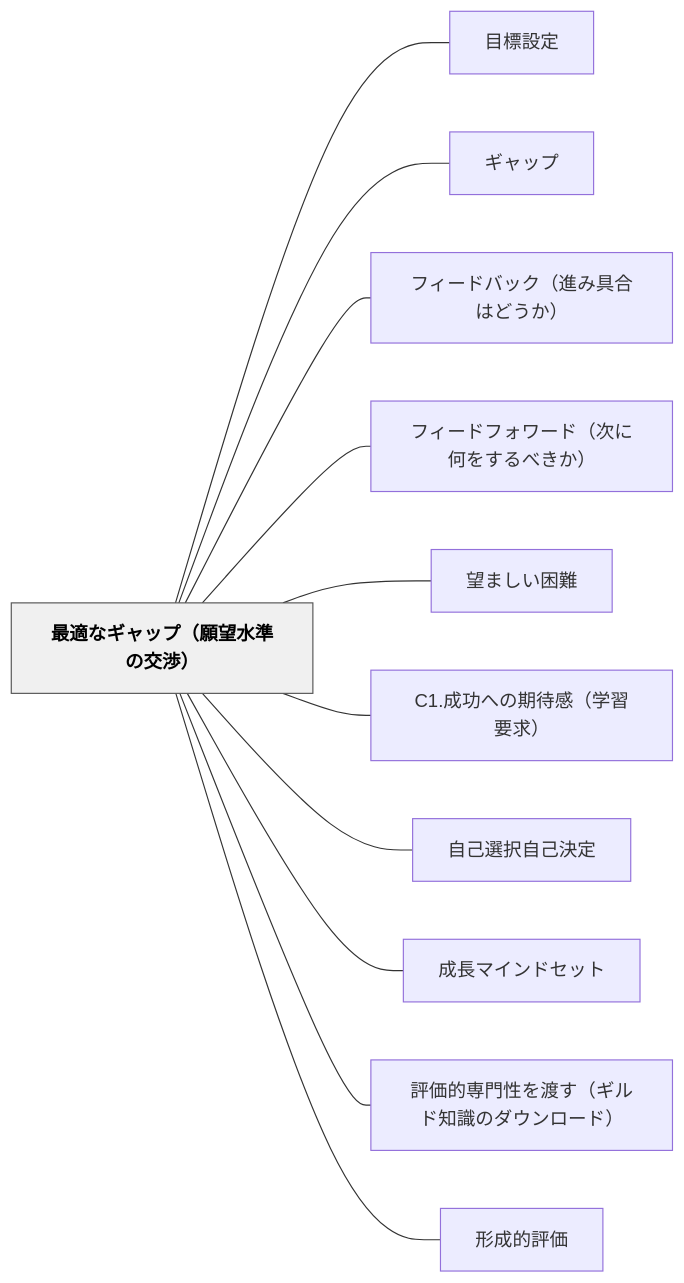
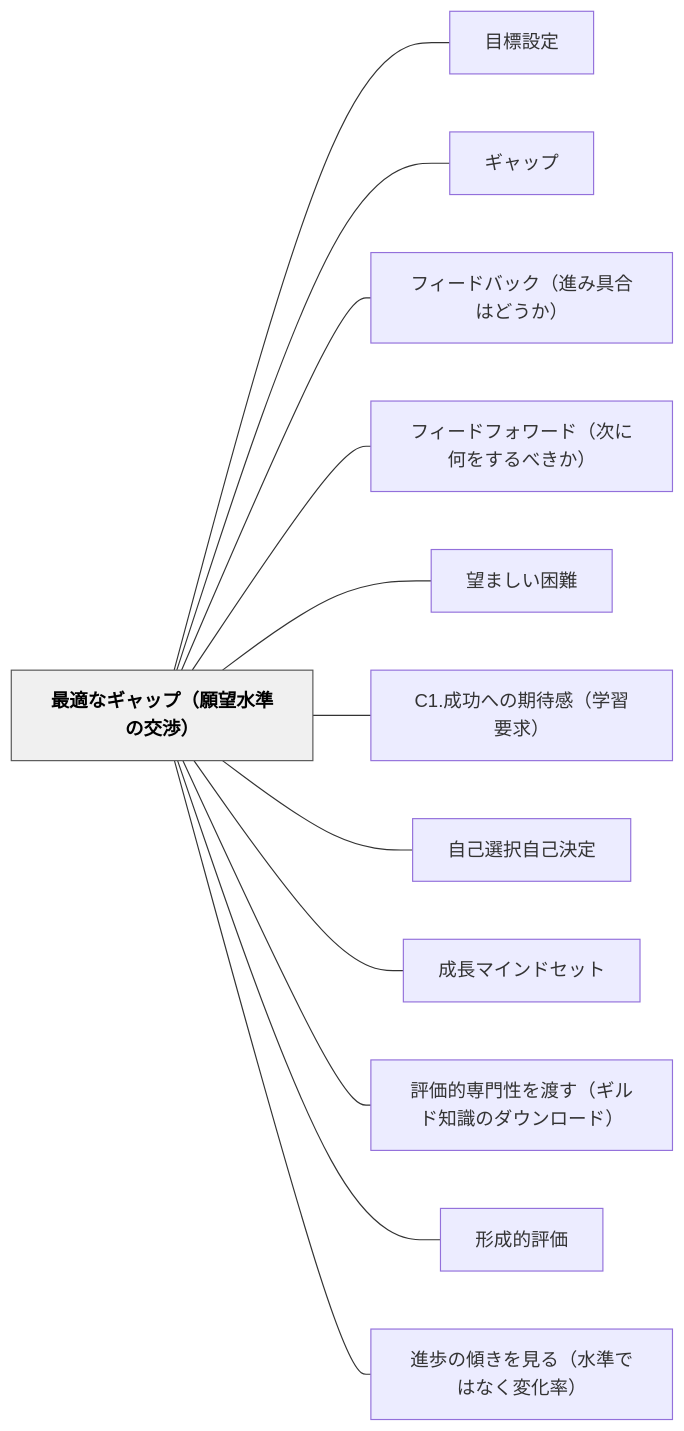
Before and after one commit to unknownthings-ed-patterns/unknownthings-ed-patterns: the diagram in content/パタン/最適なギャップ（願望水準の交渉）.md, drawn with Mermaid. The commit also changed other lines of this file and 26 other files, not shown here.

````diff
--- a/content/パタン/最適なギャップ（願望水準の交渉）.md
+++ b/content/パタン/最適なギャップ（願望水準の交渉）.md
@@ -126,28 +127,30 @@
 ```mermaid
 flowchart LR
     ne69c80e981a9e381aae382aee383a3e38383e38397efbc88e9a198e69c9be6b0b4e6ba96e381aee4baa4e6b889efbc89["最適なギャップ（願望水準の交渉）"]
     ne79baee6a899e8a8ade5ae9a["目標設定"]
     ne382aee383a3e38383e38397["ギャップ"]
     ne38395e382a3e383bce38389e38390e38383e382afefbc88e980b2e381bfe585b7e59088e381afe381a9e38186e3818befbc89["フィードバック（進み具合はどうか）"]
     ne38395e382a3e383bce38389e38395e382a9e383afe383bce38389efbc88e6aca1e381abe4bd95e38292e38199e3828be381b9e3818de3818befbc89["フィードフォワード（次に何をするべきか）"]
     ne69c9be381bee38197e38184e59bb0e99ba3["望ましい困難"]
     n43312ee68890e58a9fe381b8e381aee69c9fe5be85e6849fefbc88e5ada6e7bf92e8a681e6b182efbc89["C1.成功への期待感（学習要求）"]
     ne887aae5b7b1e981b8e68a9ee887aae5b7b1e6b1bae5ae9a["自己選択自己決定"]
     ne68890e995b7e3839ee382a4e383b3e38389e382bbe38383e38388["成長マインドセット"]
     ne8a995e4bea1e79a84e5b082e99680e680a7e38292e6b8a1e38199efbc88e382aee383abe38389e79fa5e8ad98e381aee38380e382a6e383b3e383ade383bce38389efbc89["評価的専門性を渡す（ギルド知識のダウンロード）"]
     ne5bda2e68890e79a84e8a995e4bea1["形成的評価"]
+    ne980b2e6ada9e381aee582bee3818de38292e8a68be3828befbc88e6b0b4e6ba96e381a7e381afe381aae3818fe5a489e58c96e78e87efbc89["進歩の傾きを見る（水準ではなく変化率）"]
 
     ne69c80e981a9e381aae382aee383a3e38383e38397efbc88e9a198e69c9be6b0b4e6ba96e381aee4baa4e6b889efbc89 --- ne79baee6a899e8a8ade5ae9a
     ne69c80e981a9e381aae382aee383a3e38383e38397efbc88e9a198e69c9be6b0b4e6ba96e381aee4baa4e6b889efbc89 --- ne382aee383a3e38383e38397
     ne69c80e981a9e381aae382aee383a3e38383e38397efbc88e9a198e69c9be6b0b4e6ba96e381aee4baa4e6b889efbc89 --- ne38395e382a3e383bce38389e38390e38383e382afefbc88e980b2e381bfe585b7e59088e381afe381a9e38186e3818befbc89
     ne69c80e981a9e381aae382aee383a3e38383e38397efbc88e9a198e69c9be6b0b4e6ba96e381aee4baa4e6b889efbc89 --- ne38395e382a3e383bce38389e38395e382a9e383afe383bce38389efbc88e6aca1e381abe4bd95e38292e38199e3828be381b9e3818de3818befbc89
     ne69c80e981a9e381aae382aee383a3e38383e38397efbc88e9a198e69c9be6b0b4e6ba96e381aee4baa4e6b889efbc89 --- ne69c9be381bee38197e38184e59bb0e99ba3
     ne69c80e981a9e381aae382aee383a3e38383e38397efbc88e9a198e69c9be6b0b4e6ba96e381aee4baa4e6b889efbc89 --- n43312ee68890e58a9fe381b8e381aee69c9fe5be85e6849fefbc88e5ada6e7bf92e8a681e6b182efbc89
     ne69c80e981a9e381aae382aee383a3e38383e38397efbc88e9a198e69c9be6b0b4e6ba96e381aee4baa4e6b889efbc89 --- ne887aae5b7b1e981b8e68a9ee887aae5b7b1e6b1bae5ae9a
     ne69c80e981a9e381aae382aee383a3e38383e38397efbc88e9a198e69c9be6b0b4e6ba96e381aee4baa4e6b889efbc89 --- ne68890e995b7e3839ee382a4e383b3e38389e382bbe38383e38388
     ne69c80e981a9e381aae382aee383a3e38383e38397efbc88e9a198e69c9be6b0b4e6ba96e381aee4baa4e6b889efbc89 --- ne8a995e4bea1e79a84e5b082e99680e680a7e38292e6b8a1e38199efbc88e382aee383abe38389e79fa5e8ad98e381aee38380e382a6e383b3e383ade383bce38389efbc89
     ne69c80e981a9e381aae382aee383a3e38383e38397efbc88e9a198e69c9be6b0b4e6ba96e381aee4baa4e6b889efbc89 --- ne5bda2e68890e79a84e8a995e4bea1
+    ne69c80e981a9e381aae382aee383a3e38383e38397efbc88e9a198e69c9be6b0b4e6ba96e381aee4baa4e6b889efbc89 --- ne980b2e6ada9e381aee582bee3818de38292e8a68be3828befbc88e6b0b4e6ba96e381a7e381afe381aae3818fe5a489e58c96e78e87efbc89
 
     classDef hub fill:#f0f0f0,stroke:#555,color:#000,font-weight:bold
     class ne69c80e981a9e381aae382aee383a3e38383e38397efbc88e9a198e69c9be6b0b4e6ba96e381aee4baa4e6b889efbc89 hub
 ```
````
